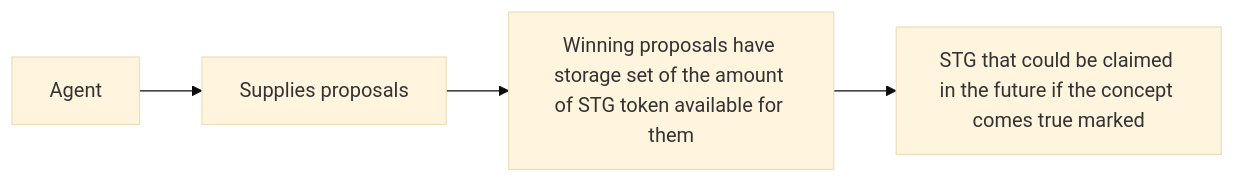
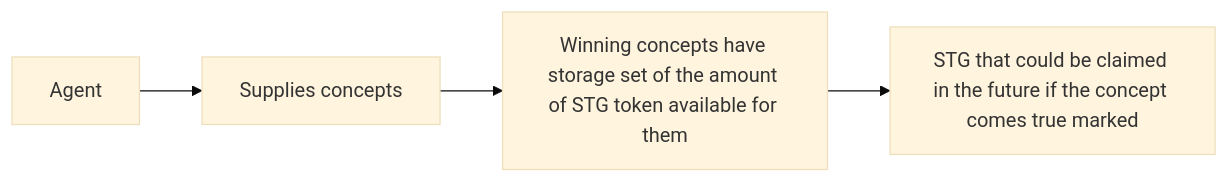
The third of 5 diagrams in README.md (fluidity-money/shahmeersgame.com), drawn with Mermaid (base theme) before and after one commit. The commit also changed other lines of this file and 20 other files, not shown here.

````diff
--- a/README.md
+++ b/README.md
@@ -43,7 +43,7 @@
 ```mermaid
 flowchart LR
     Agent
-    --> SubmitsProposalData[Supplies proposals]
-    --> WinningProposalsChosen[Winning proposals have storage set of the amount of STG token available for them]
+    --> SubmitsConceptId[Supplies concepts]
+    --> WinningConceptsChosen[Winning concepts have storage set of the amount of STG token available for them]
     --> ConceptsSTGAmtSet[STG that could be claimed in the future if the concept comes true marked]
 ```
````
